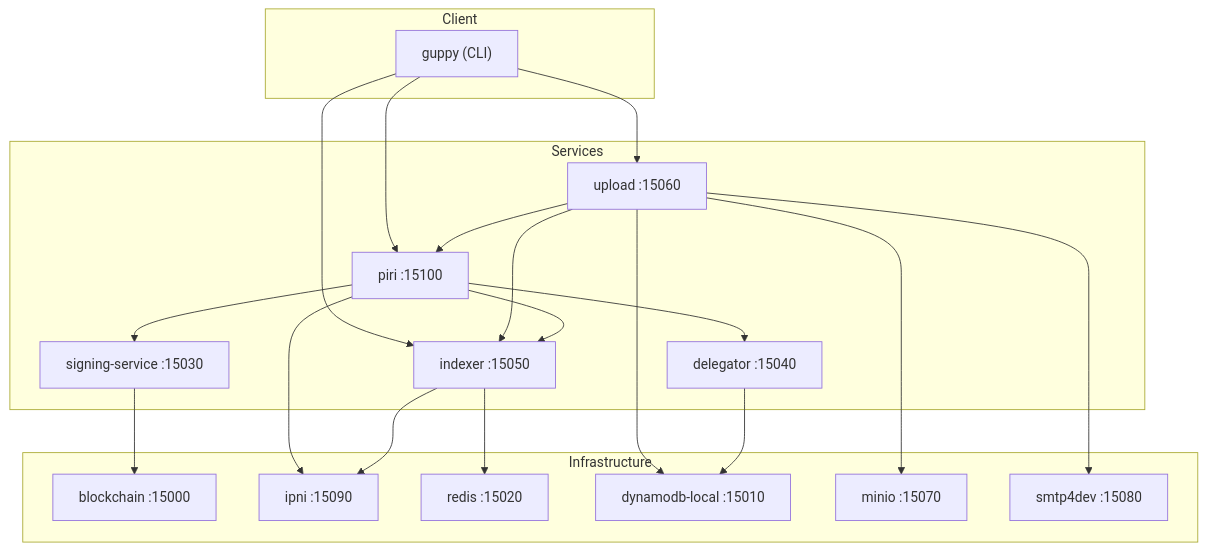
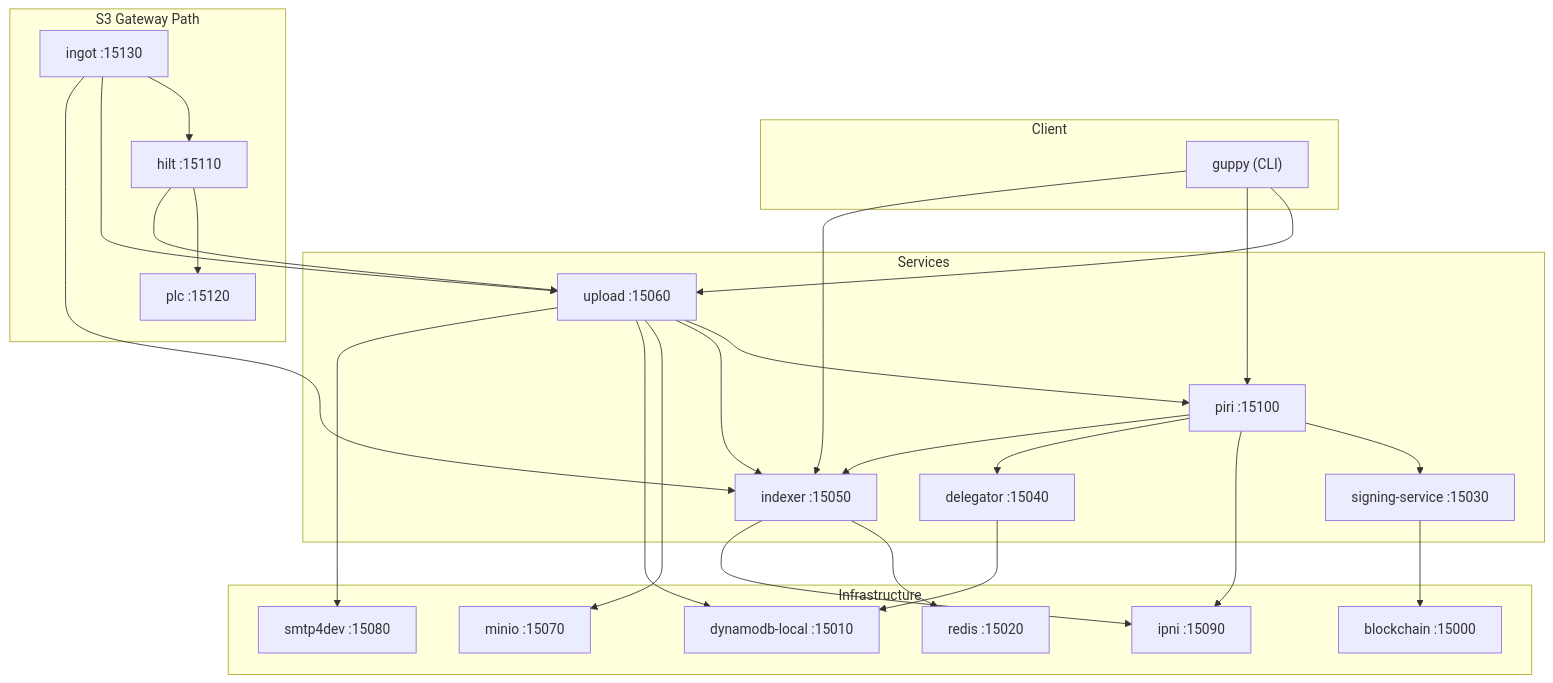
Before and after one commit to fil-forge/forge: the diagram in smelt/README.md, drawn with Mermaid. The commit also changed other lines of this file and 5 other files, not shown here.

````diff
--- a/smelt/README.md
+++ b/smelt/README.md
@@ -77,43 +80,55 @@
 ```mermaid
 flowchart TB
     subgraph Client
         guppy["guppy (CLI)"]
     end
 
     subgraph Services
         upload["upload :15060"]
         piri["piri :15100"]
         indexer["indexer :15050"]
         signing["signing-service :15030"]
         delegator["delegator :15040"]
     end
 
     subgraph Infrastructure
         blockchain["blockchain :15000"]
         ipni["ipni :15090"]
         redis["redis :15020"]
         dynamodb["dynamodb-local :15010"]
         minio["minio :15070"]
         email["smtp4dev :15080"]
     end
 
+    subgraph S3["S3 Gateway Path"]
+        ingot["ingot :15130"]
+        hilt["hilt :15110"]
+        plc["plc :15120"]
+    end
+
     guppy --> upload
     guppy --> piri
     guppy --> indexer
+
+    ingot --> hilt
+    ingot --> upload
+    ingot --> indexer
+    hilt --> plc
+    hilt --> upload
 
     upload --> piri
     upload --> indexer
     upload --> minio
     upload --> dynamodb
     upload --> email
 
     piri --> signing
     piri --> ipni
     piri --> delegator
     piri --> indexer
     signing --> blockchain
 
     delegator --> dynamodb
     indexer --> redis
     indexer --> ipni
 ```
````
